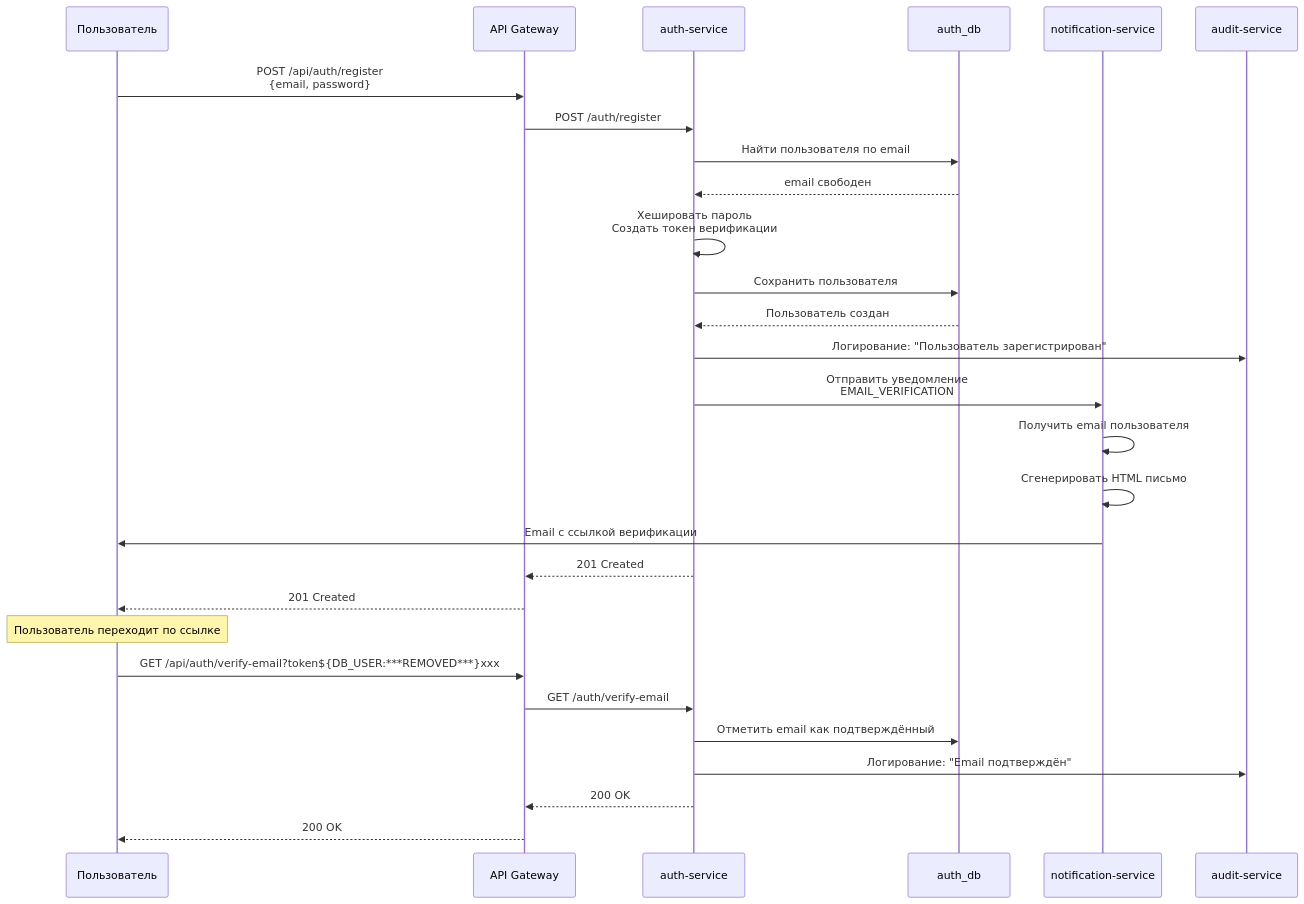
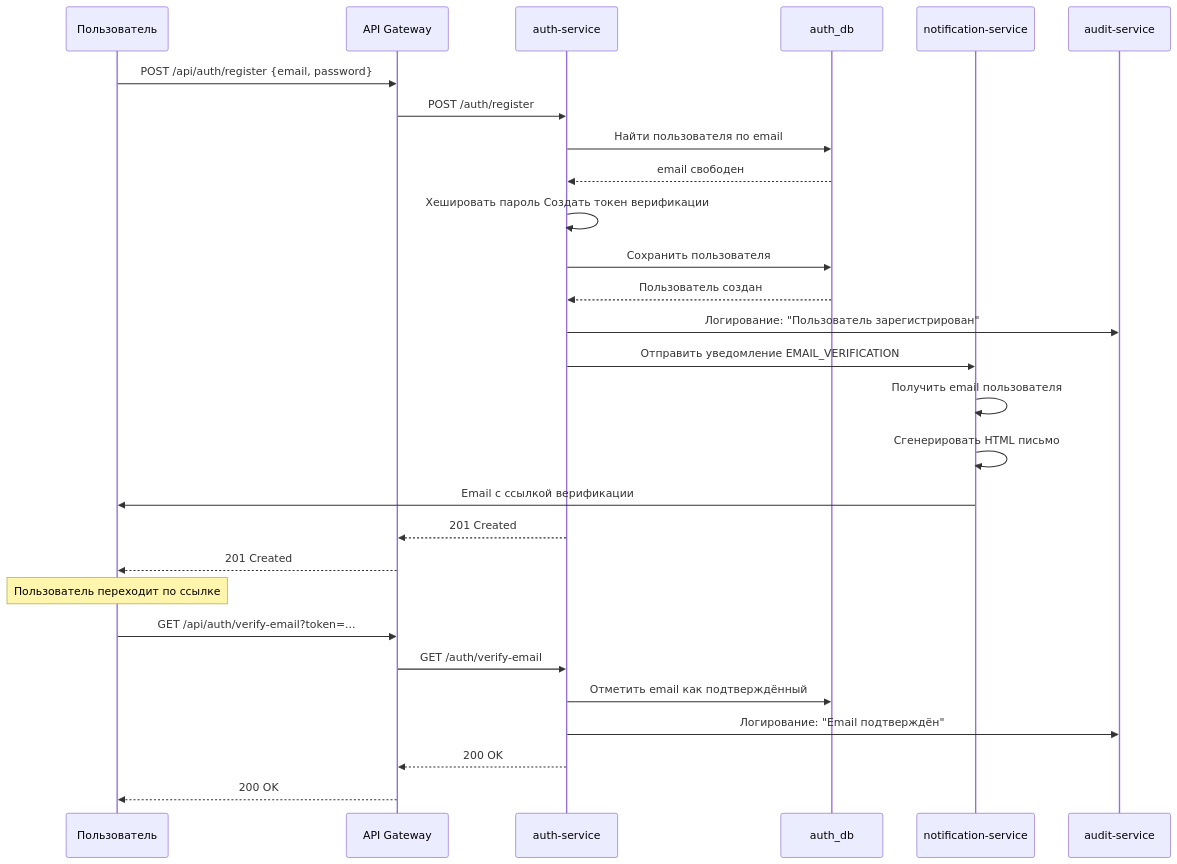
The first of 25 diagrams in README.md (PawKorchagin/hrofos-domain-register), drawn with Mermaid before and after one commit. The commit also changed other lines of this file, not shown here.

````diff
--- a/README.md
+++ b/README.md
@@ -73,41 +73,41 @@
 ```mermaid
 sequenceDiagram
     participant U as Пользователь
     participant GW as API Gateway
     participant Auth as auth-service
     participant DB as auth_db
     participant Notif as notification-service
     participant Audit as audit-service
 
-    U->>GW: POST /api/auth/register<br/>{email, password}
+    U->>GW: POST /api/auth/register {email, password}
     GW->>Auth: POST /auth/register
 
     Auth->>DB: Найти пользователя по email
     DB-->>Auth: email свободен
 
-    Auth->>Auth: Хешировать пароль<br/>Создать токен верификации
+    Auth->>Auth: Хешировать пароль Создать токен верификации
 
     Auth->>DB: Сохранить пользователя
     DB-->>Auth: Пользователь создан
 
     Auth->>Audit: Логирование: "Пользователь зарегистрирован"
-    Auth->>Notif: Отправить уведомление<br/>EMAIL_VERIFICATION
+    Auth->>Notif: Отправить уведомление EMAIL_VERIFICATION
 
     Notif->>Notif: Получить email пользователя
     Notif->>Notif: Сгенерировать HTML письмо
     Notif->>U: Email с ссылкой верификации
 
     Auth-->>GW: 201 Created
     GW-->>U: 201 Created
 
     Note over U: Пользователь переходит по ссылке
 
-    U->>GW: GET /api/auth/verify-email?token${DB_USER:***REMOVED***}xxx
+    U->>GW: GET /api/auth/verify-email?token=...
     GW->>Auth: GET /auth/verify-email
 
     Auth->>DB: Отметить email как подтверждённый
     Auth->>Audit: Логирование: "Email подтверждён"
 
     Auth-->>GW: 200 OK
     GW-->>U: 200 OK
 ```
````
